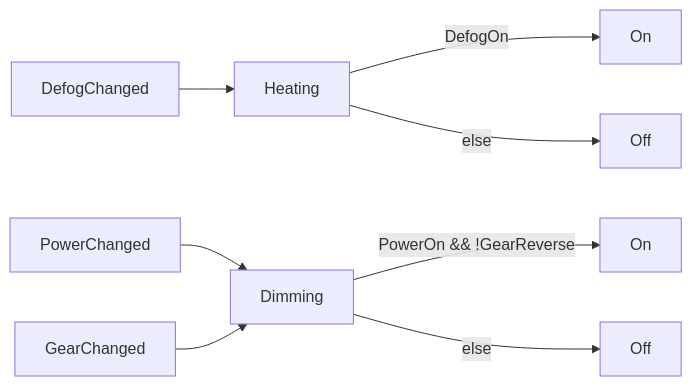
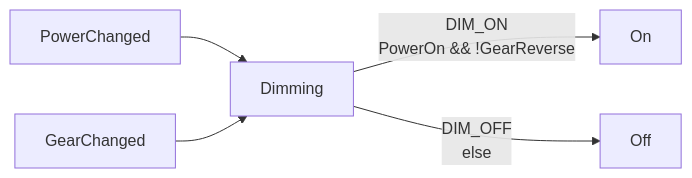
One commit to 4artit/declared changed the second of 4 diagrams in examples/mirrors/mirrors.md. Above: the diagram before and after it, drawn with Mermaid. The commit also changed other lines of this file and 11 other files, not shown here.

````diff
--- a/examples/mirrors/mirrors.md
+++ b/examples/mirrors/mirrors.md
@@ -32,10 +65,7 @@
 ```mermaid
 flowchart LR
-    ev_DefogChanged["DefogChanged"] --> ft_Heating["Heating"]
-    ft_Heating["Heating"] -->|"DefogOn"| ac_Heating_On["On"]
-    ft_Heating["Heating"] -->|else| ac_Heating_Off["Off"]
     ev_PowerChanged["PowerChanged"] --> ft_Dimming["Dimming"]
     ev_GearChanged["GearChanged"] --> ft_Dimming["Dimming"]
-    ft_Dimming["Dimming"] -->|"PowerOn && !GearReverse"| ac_Dimming_On["On"]
-    ft_Dimming["Dimming"] -->|else| ac_Dimming_Off["Off"]
+    ft_Dimming["Dimming"] -->|"DIM_ON<br/>PowerOn && !GearReverse"| ac_Dimming_On["On"]
+    ft_Dimming["Dimming"] -->|"DIM_OFF<br/>else"| ac_Dimming_Off["Off"]
 ```
````
